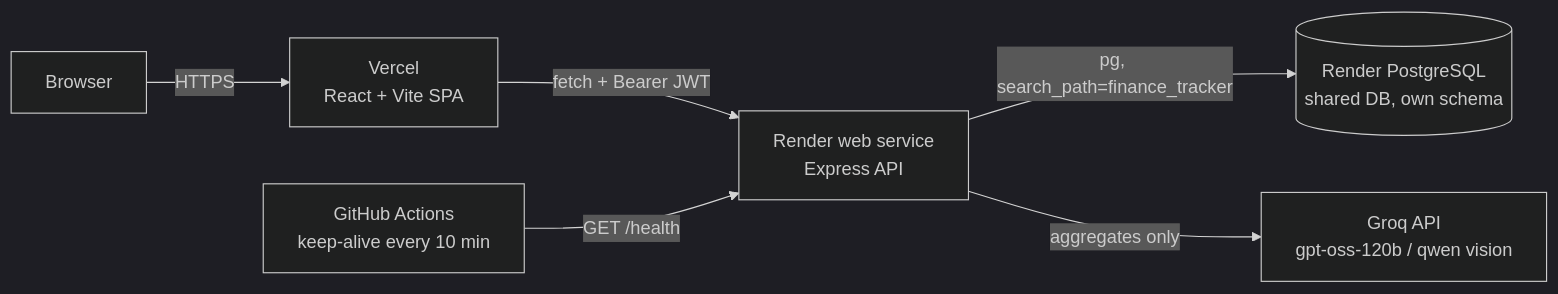
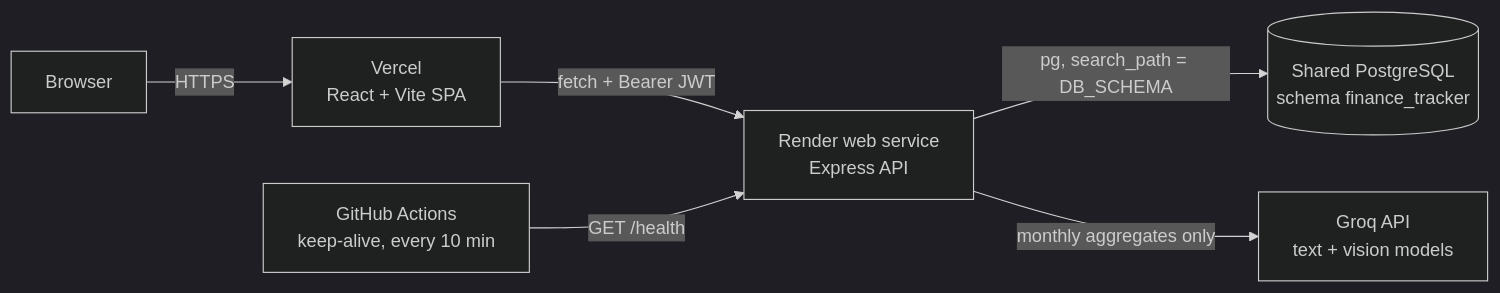
The diagram in README.md (HarshBathija-04/Finace-tracker), drawn with Mermaid (dark theme) before and after one commit. The commit also changed other lines of this file, not shown here.

````diff
--- a/README.md
+++ b/README.md
@@ -36,8 +38,8 @@
 ```mermaid
 flowchart LR
   U[Browser] -->|HTTPS| V[Vercel<br/>React + Vite SPA]
   V -->|fetch + Bearer JWT| A[Render web service<br/>Express API]
-  A -->|pg, search_path=finance_tracker| P[(Render PostgreSQL<br/>shared DB, own schema)]
-  A -->|aggregates only| G[Groq API<br/>gpt-oss-120b / qwen vision]
-  K[GitHub Actions<br/>keep-alive every 10 min] -->|GET /health| A
+  A -->|pg, search_path = DB_SCHEMA| P[(Shared PostgreSQL<br/>schema finance_tracker)]
+  A -->|monthly aggregates only| G[Groq API<br/>text + vision models]
+  K[GitHub Actions<br/>keep-alive, every 10 min] -->|GET /health| A
 ```
````
